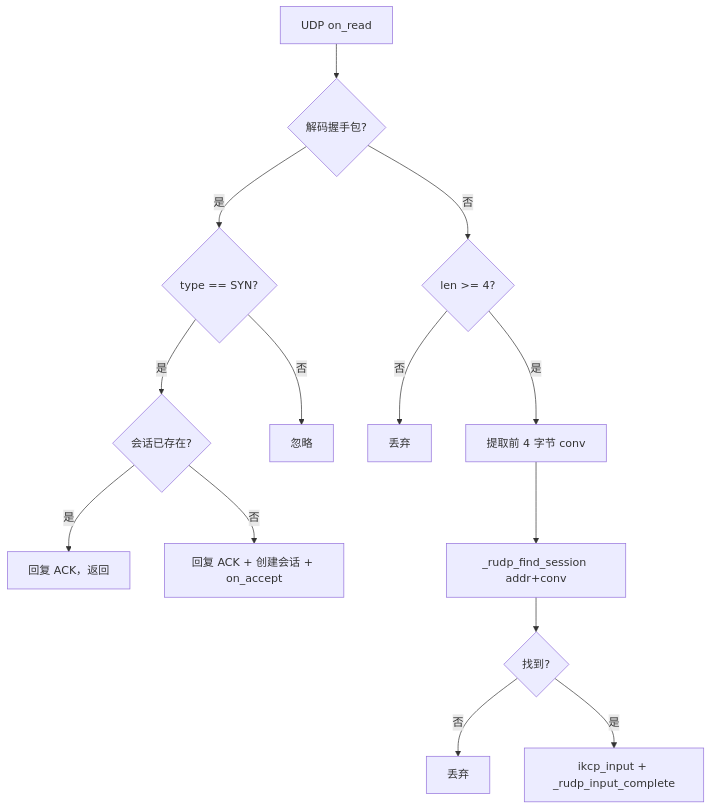
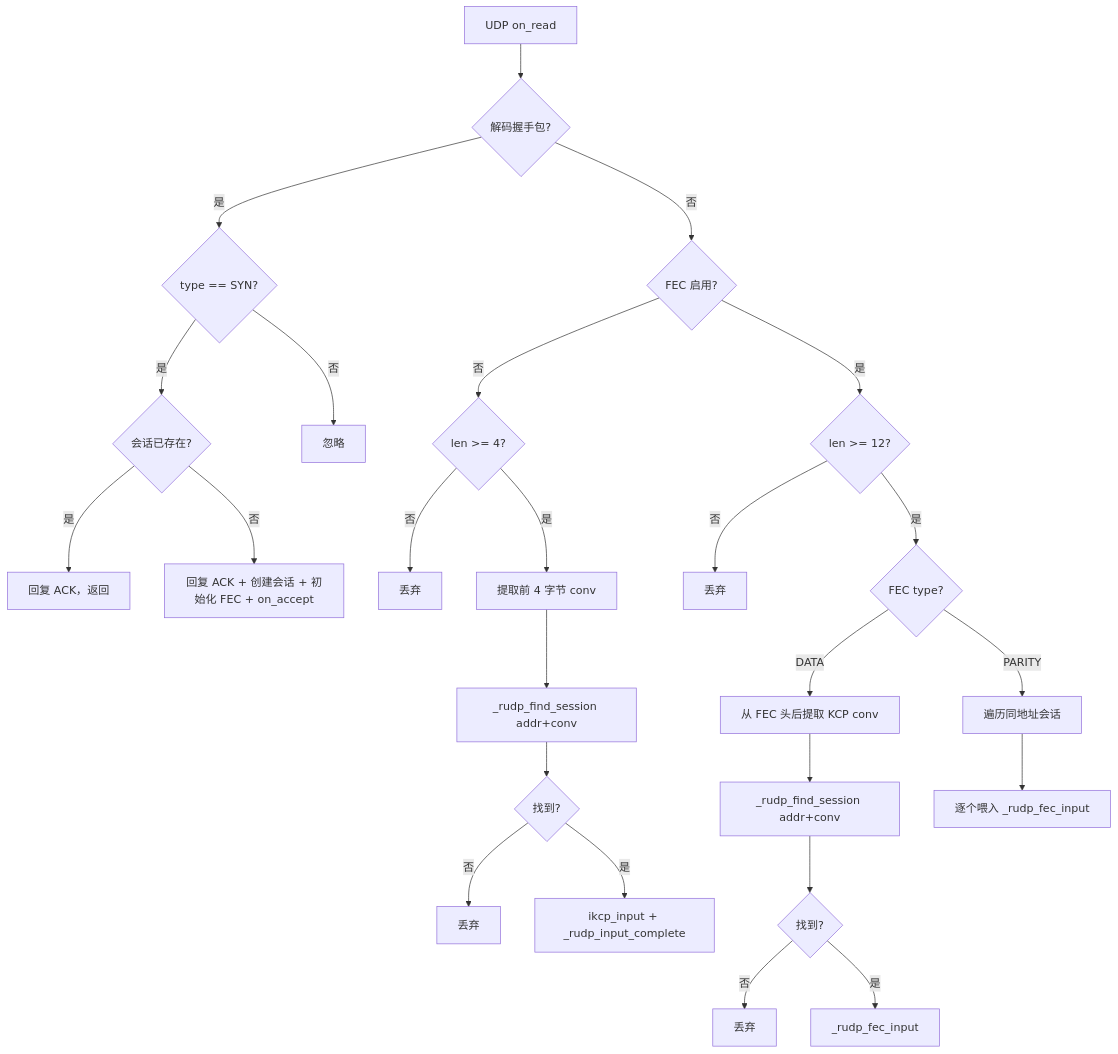
One commit to MeristemForge/Xylem changed the fourth of 8 diagrams in docs/rudp-design.md. Above: the diagram before and after it, drawn with Mermaid. The commit also changed other lines of this file and 6 other files, not shown here.

````diff
--- a/docs/rudp-design.md
+++ b/docs/rudp-design.md
@@ -219,16 +225,27 @@
 ```mermaid
 flowchart TD
     A[UDP on_read] --> B{解码握手包?}
     B -->|是| C{type == SYN?}
     C -->|是| D{会话已存在?}
     D -->|是| E[回复 ACK，返回]
-    D -->|否| F[回复 ACK + 创建会话 + on_accept]
+    D -->|否| F[回复 ACK + 创建会话 + 初始化 FEC + on_accept]
     C -->|否| G[忽略]
-    B -->|否| H{len >= 4?}
-    H -->|否| I[丢弃]
-    H -->|是| J[提取前 4 字节 conv]
-    J --> K[_rudp_find_session addr+conv]
-    K --> L{找到?}
-    L -->|否| M[丢弃]
-    L -->|是| N[ikcp_input + _rudp_input_complete]
+    B -->|否| H{FEC 启用?}
+    H -->|否| I{len >= 4?}
+    I -->|否| J[丢弃]
+    I -->|是| K[提取前 4 字节 conv]
+    K --> L[_rudp_find_session addr+conv]
+    L --> M{找到?}
+    M -->|否| N[丢弃]
+    M -->|是| O[ikcp_input + _rudp_input_complete]
+    H -->|是| P{len >= 12?}
+    P -->|否| Q[丢弃]
+    P -->|是| R{FEC type?}
+    R -->|DATA| S[从 FEC 头后提取 KCP conv]
+    S --> T[_rudp_find_session addr+conv]
+    T --> U{找到?}
+    U -->|否| V[丢弃]
+    U -->|是| W[_rudp_fec_input]
+    R -->|PARITY| X[遍历同地址会话]
+    X --> Y[逐个喂入 _rudp_fec_input]
 ```
````
